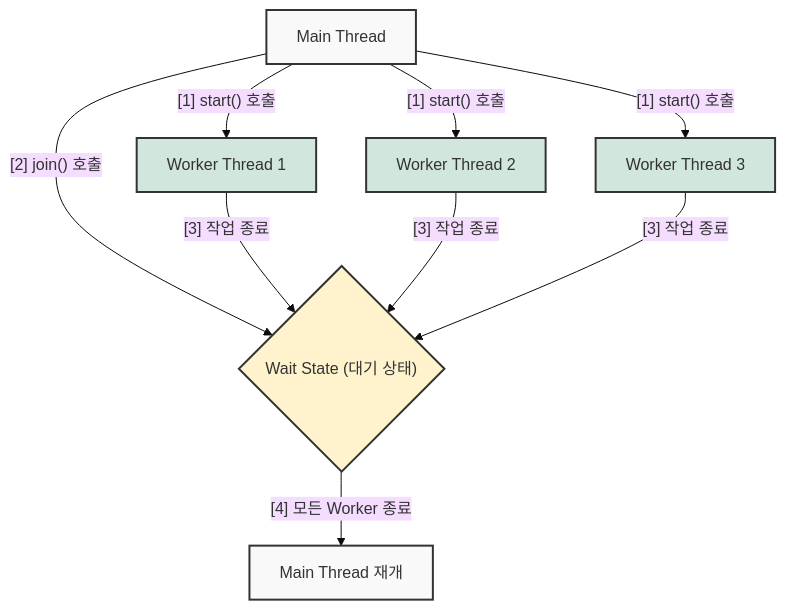
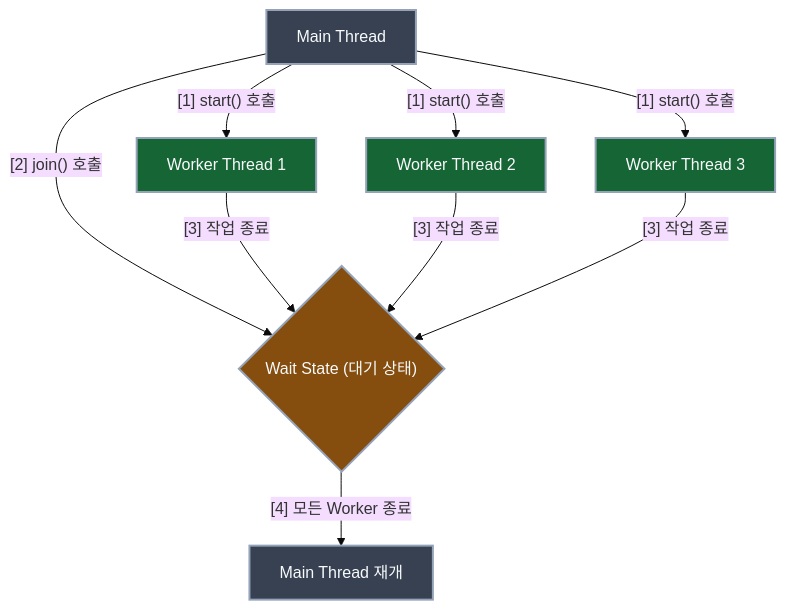
One commit to Kang-Hyesung/kang-hyesung.github.io changed the diagram in _posts/java/13-스레드_제어_및_기초적_동기화/2026-03-19-적절한-종료시점-동기화.md. Above: the diagram before and after it, drawn with Mermaid (base theme). The commit also changed 74 other files, not shown here.

Commit message:
docs: update post visibility and mermaid colors

````diff
--- a/_posts/java/13-스레드_제어_및_기초적_동기화/2026-03-19-적절한-종료시점-동기화.md
+++ b/_posts/java/13-스레드_제어_및_기초적_동기화/2026-03-19-적절한-종료시점-동기화.md
@@ -18,21 +18,21 @@
 ```mermaid
 graph TD
     A["Main Thread"] -- "[1] start() 호출" --> B["Worker Thread 1"]
     A -- "[1] start() 호출" --> C["Worker Thread 2"]
     A -- "[1] start() 호출" --> D["Worker Thread 3"]
     A -- "[2] join() 호출" --> E{"Wait State (대기 상태)"}
 
     B -- "[3] 작업 종료" --> E
     C -- "[3] 작업 종료" --> E
     D -- "[3] 작업 종료" --> E
 
     E -- "[4] 모든 Worker 종료" --> F["Main Thread 재개"]
 
     %% 스타일 정의
-    style A fill:#f9f9f9,stroke:#333,stroke-width:2px
-    style B fill:#d1e7dd,stroke:#333,stroke-width:2px
-    style C fill:#d1e7dd,stroke:#333,stroke-width:2px
-    style D fill:#d1e7dd,stroke:#333,stroke-width:2px
-    style E fill:#fff3cd,stroke:#333,stroke-width:2px
-    style F fill:#f9f9f9,stroke:#333,stroke-width:2px
+    style A fill:#374151,stroke:#94a3b8,stroke-width:2px,color:#f8fafc
+    style B fill:#166534,stroke:#94a3b8,stroke-width:2px,color:#f8fafc
+    style C fill:#166534,stroke:#94a3b8,stroke-width:2px,color:#f8fafc
+    style D fill:#166534,stroke:#94a3b8,stroke-width:2px,color:#f8fafc
+    style E fill:#854d0e,stroke:#94a3b8,stroke-width:2px,color:#f8fafc
+    style F fill:#374151,stroke:#94a3b8,stroke-width:2px,color:#f8fafc
 ```
````
